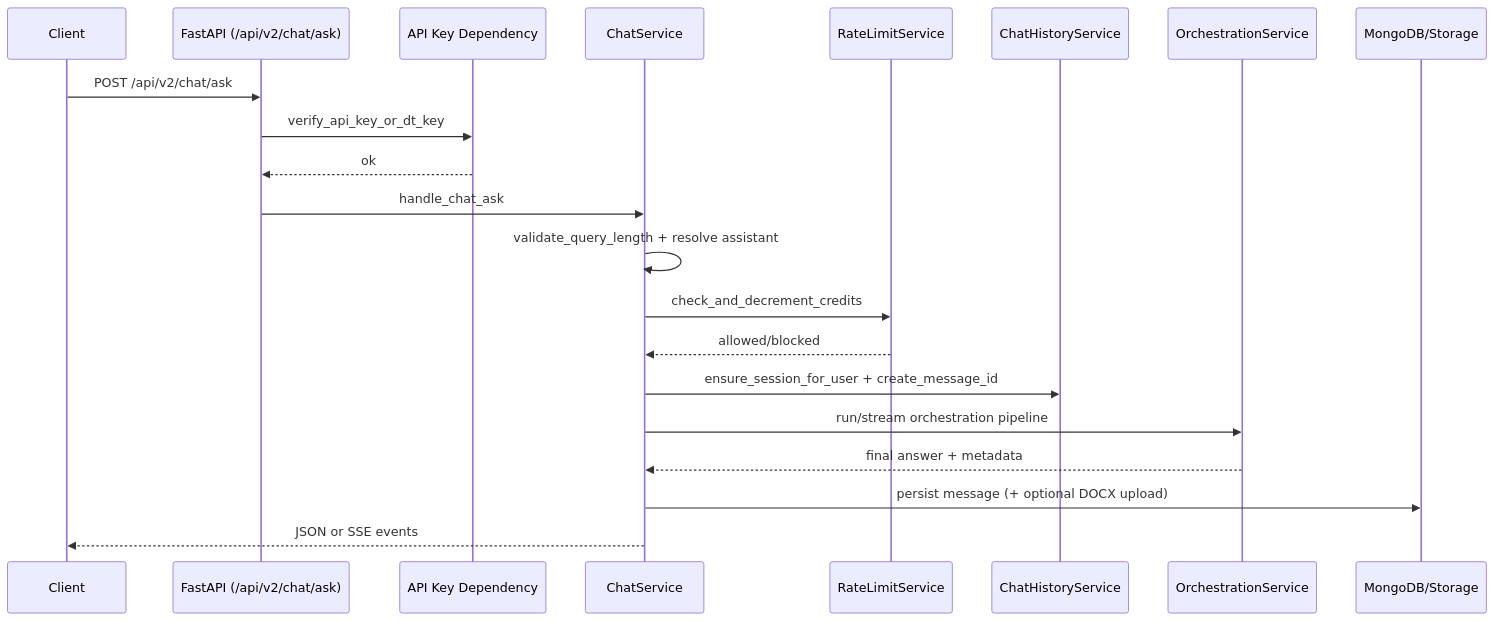
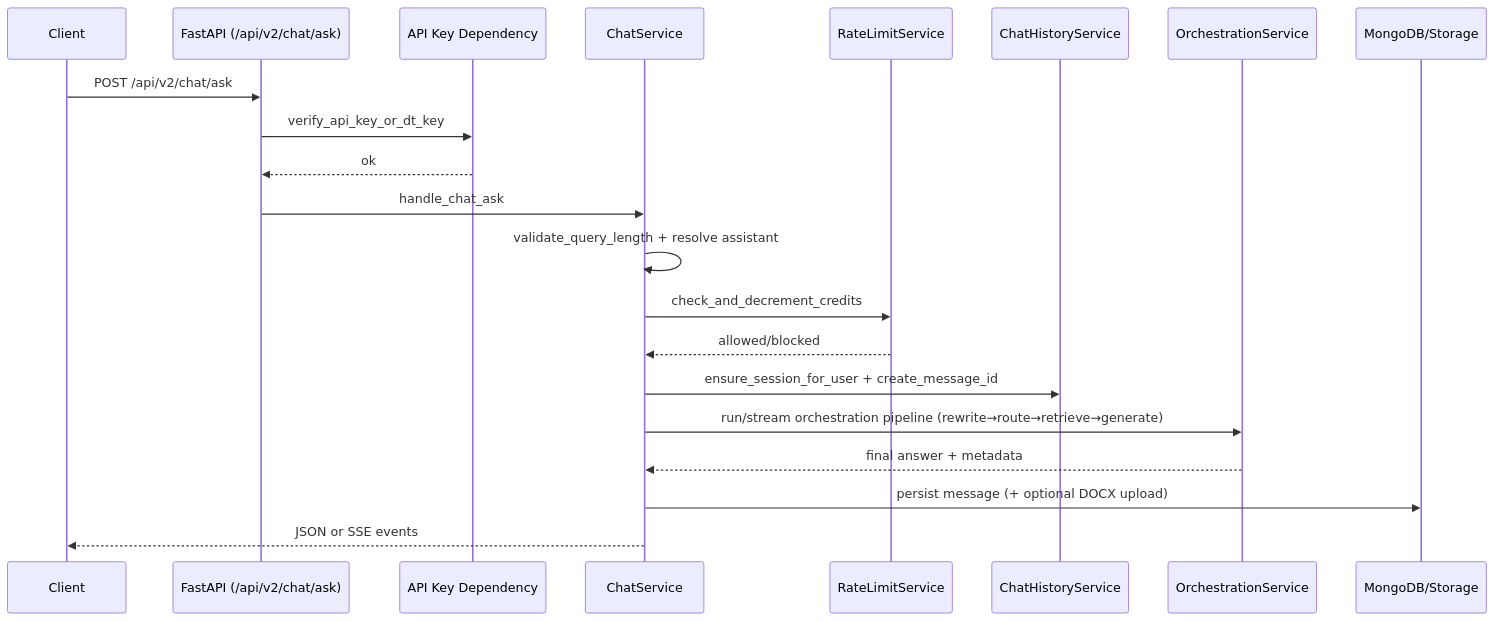
The diagram in docs/explanation-v2-chat-ask-flow.md (wakil-ai/rest-fast-api), drawn with Mermaid before and after one commit. The commit also changed other lines of this file, not shown here.

Commit message:
docs: clarify header and error semantics in chat ask flow

````diff
--- a/docs/explanation-v2-chat-ask-flow.md
+++ b/docs/explanation-v2-chat-ask-flow.md
@@ -203,24 +208,24 @@
 ```mermaid
 sequenceDiagram
     participant Client
     participant API as FastAPI (/api/v2/chat/ask)
     participant Auth as API Key Dependency
     participant CS as ChatService
     participant RL as RateLimitService
     participant CH as ChatHistoryService
     participant Orch as OrchestrationService
     participant DB as MongoDB/Storage
 
     Client->>API: POST /api/v2/chat/ask
     API->>Auth: verify_api_key_or_dt_key
     Auth-->>API: ok
     API->>CS: handle_chat_ask
     CS->>CS: validate_query_length + resolve assistant
     CS->>RL: check_and_decrement_credits
     RL-->>CS: allowed/blocked
     CS->>CH: ensure_session_for_user + create_message_id
-    CS->>Orch: run/stream orchestration pipeline
+    CS->>Orch: run/stream orchestration pipeline (rewrite→route→retrieve→generate)
     Orch-->>CS: final answer + metadata
     CS->>DB: persist message (+ optional DOCX upload)
     CS-->>Client: JSON or SSE events
 ```
````
